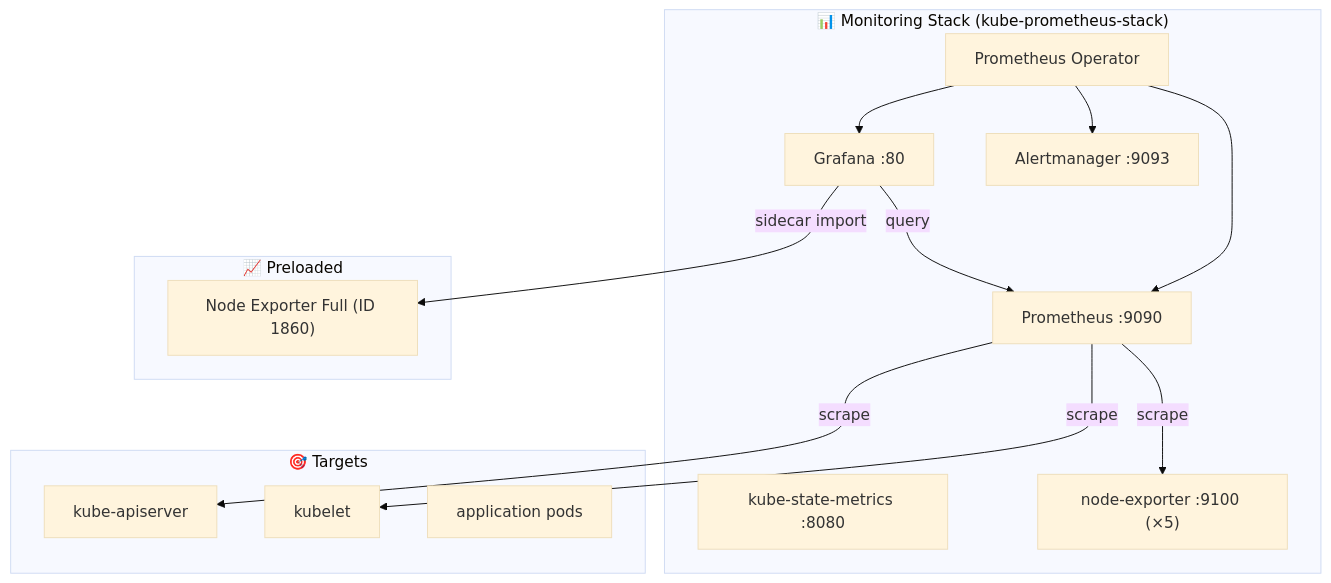
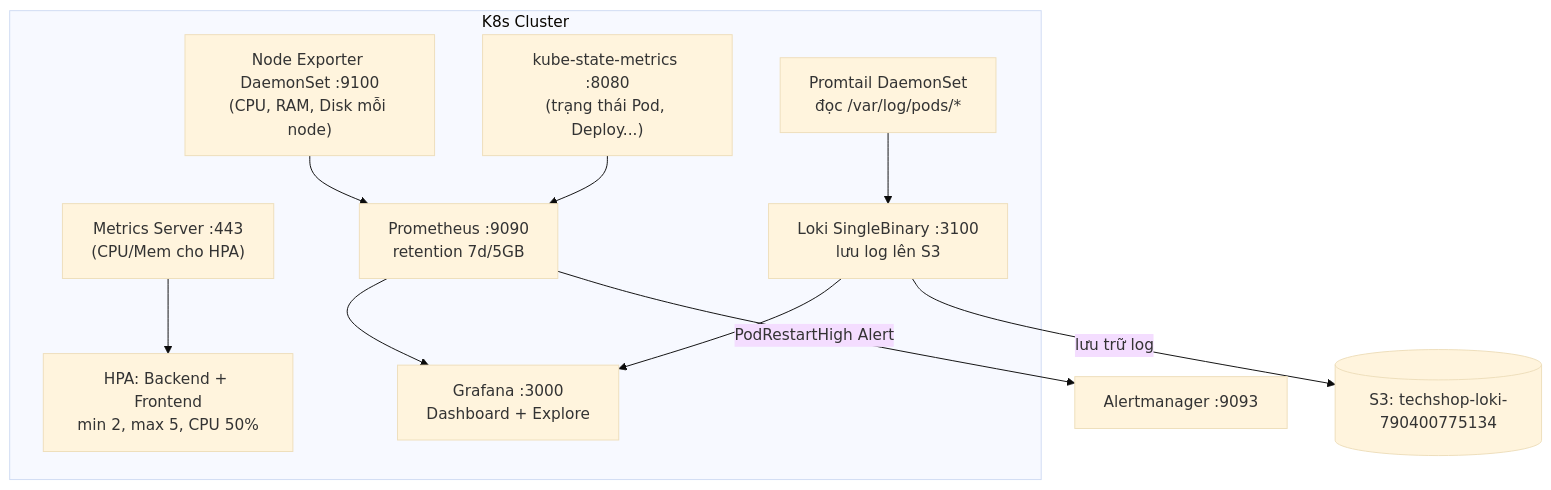
Before and after one commit to vinh25042005/deploy-web: the third of 3 diagrams in README.md, drawn with Mermaid (base theme). The commit also changed other lines of this file and 31 other files, not shown here.

````diff
--- a/README.md
+++ b/README.md
@@ -99,30 +107,23 @@
 ```mermaid
 flowchart TB
-    subgraph Monitoring["📊 Monitoring Stack (kube-prometheus-stack)"]
-        PO["Prometheus Operator"]
-        Prom["Prometheus :9090"]
-        Graf["Grafana :80"]
-        Alert["Alertmanager :9093"]
-        KSM["kube-state-metrics :8080"]
-        NE["node-exporter :9100 (×5)"]
+    subgraph K8s["K8s Cluster"]
+        NE["Node Exporter DaemonSet :9100<br/>(CPU, RAM, Disk mỗi node)"]
+        KSM["kube-state-metrics :8080<br/>(trạng thái Pod, Deploy...)"]
+        MS["Metrics Server :443<br/>(CPU/Mem cho HPA)"]
+        PT["Promtail DaemonSet<br/>đọc /var/log/pods/*"]
+        
+        PROM["Prometheus :9090<br/>retention 7d/5GB"]
+        LOKI["Loki SingleBinary :3100<br/>lưu log lên S3"]
+        GRAFANA["Grafana :3000<br/>Dashboard + Explore"]
+
+        NE --> PROM
+        KSM --> PROM
+        MS --> HPA[HPA: Backend + Frontend<br/>min 2, max 5, CPU 50%]
+        PT --> LOKI
+        PROM --> GRAFANA
+        LOKI --> GRAFANA
     end
 
-    subgraph Targets["🎯 Targets"]
-        K8sAPI["kube-apiserver"]
-        Kubelet["kubelet"]
-        Pods["application pods"]
-    end
-
-    subgraph Dashboards["📈 Preloaded"]
-        D1["Node Exporter Full (ID 1860)"]
-    end
-
-    PO --> Prom
-    PO --> Alert
-    PO --> Graf
-    Prom -->|scrape| K8sAPI
-    Prom -->|scrape| Kubelet
-    Prom -->|scrape| NE
-    Graf -->|query| Prom
-    Graf -->|sidecar import| D1
+    PROM -->|"PodRestartHigh Alert"| AM["Alertmanager :9093"]
+    LOKI -->|"lưu trữ log"| S3_LOKI[(S3: techshop-loki-790400775134)]
 ```
````
